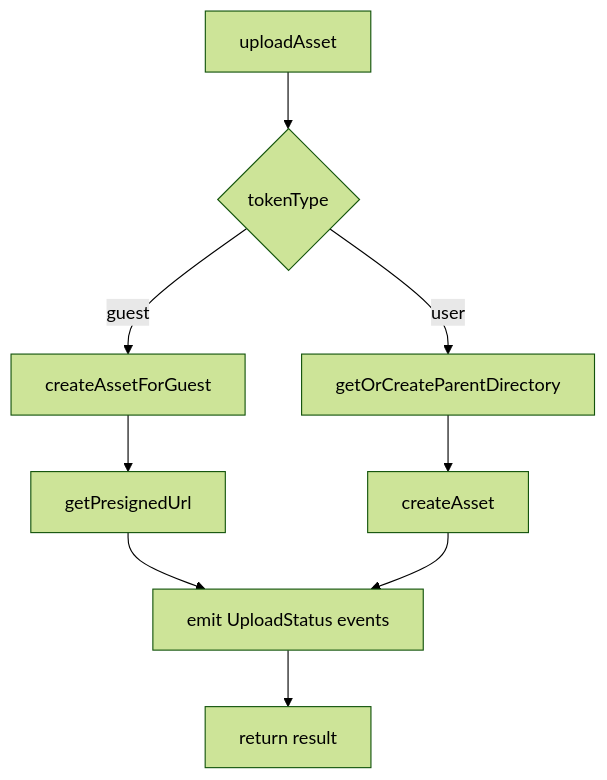
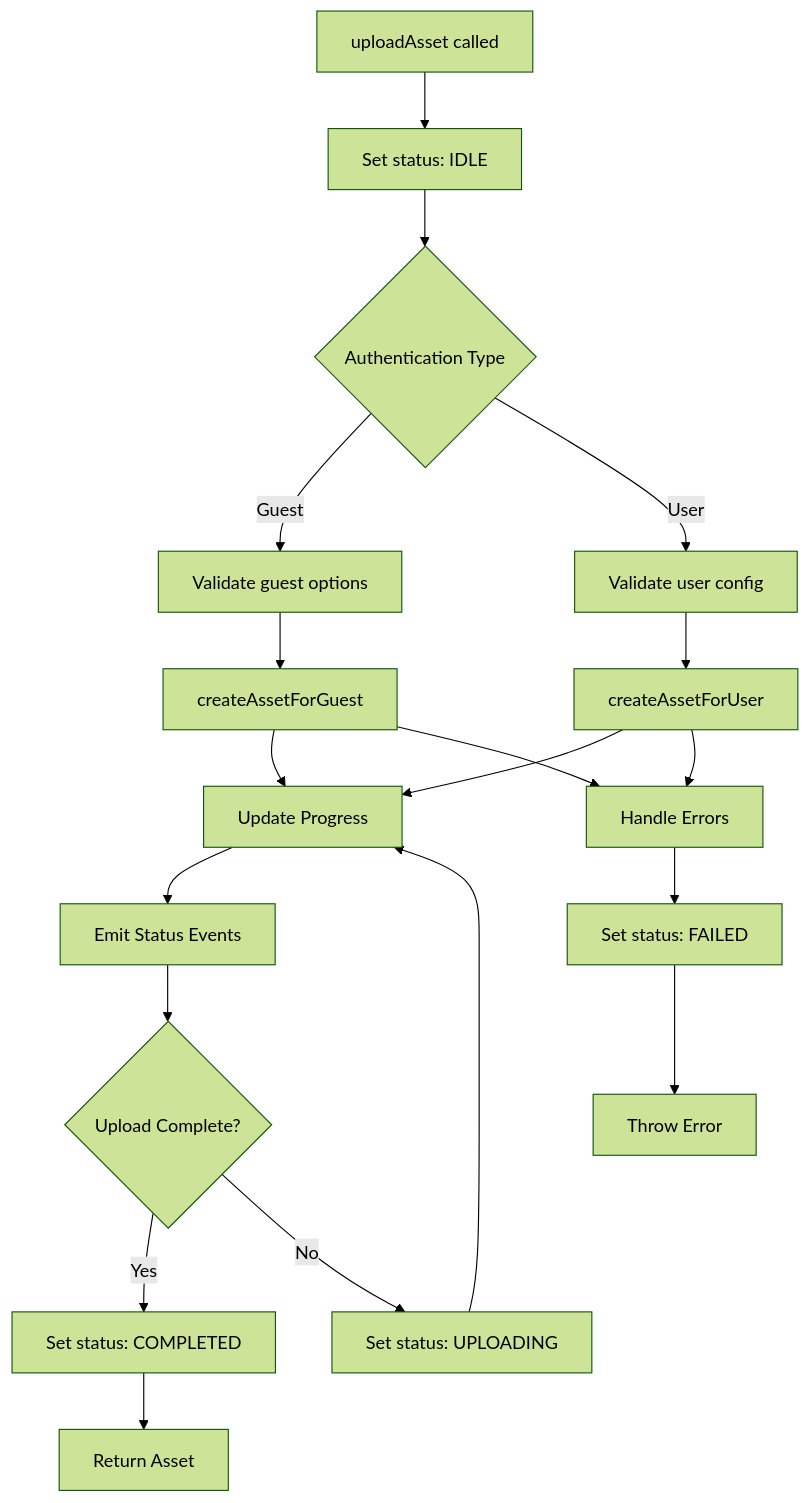
The second of 2 diagrams in express/code/scripts/upload-service/README.md (adobecom/express-milo), drawn with Mermaid (forest theme) before and after one commit. The commit also changed other lines of this file, not shown here.

Commit message:
Feat: Updated Readme.md for upload-service to reflect recent changes

````diff
--- a/express/code/scripts/upload-service/README.md
+++ b/express/code/scripts/upload-service/README.md
@@ -36,8 +91,28 @@
 ```mermaid
 flowchart TD
-  U[uploadAsset] --> T{tokenType}
-  T -- guest --> G[createAssetForGuest]
-  T -- user --> P[getOrCreateParentDirectory] --> R[createAsset]
-  G --> H[getPresignedUrl]
-  H & R --> S[emit UploadStatus events] --> O[return result]
+  U[uploadAsset called] --> S[Set status: IDLE]
+  S --> T{Authentication Type}
+  
+  T -- Guest --> G1[Validate guest options]
+  T -- User --> U1[Validate user config]
+  
+  G1 --> G2[createAssetForGuest]
+  U1 --> U2[createAssetForUser]
+  
+  G2 --> P[Update Progress]
+  U2 --> P
+  
+  P --> E[Emit Status Events]
+  E --> R{Upload Complete?}
+  
+  R -- Yes --> C[Set status: COMPLETED]
+  R -- No --> UP[Set status: UPLOADING]
+  UP --> P
+  
+  C --> RET[Return Asset]
+  
+  G2 --> ERR[Handle Errors]
+  U2 --> ERR
+  ERR --> F[Set status: FAILED]
+  F --> THROW[Throw Error]
 ```
````
